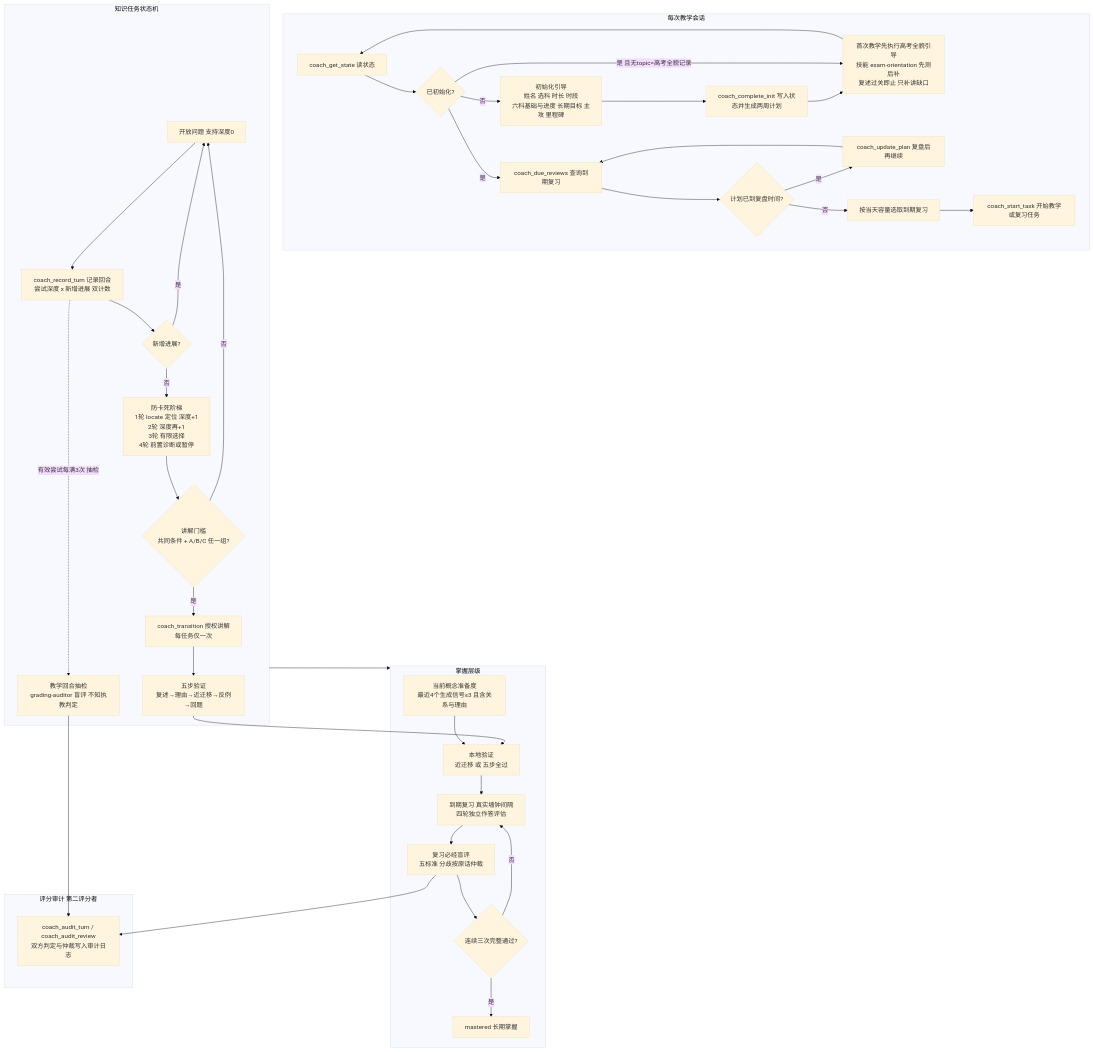
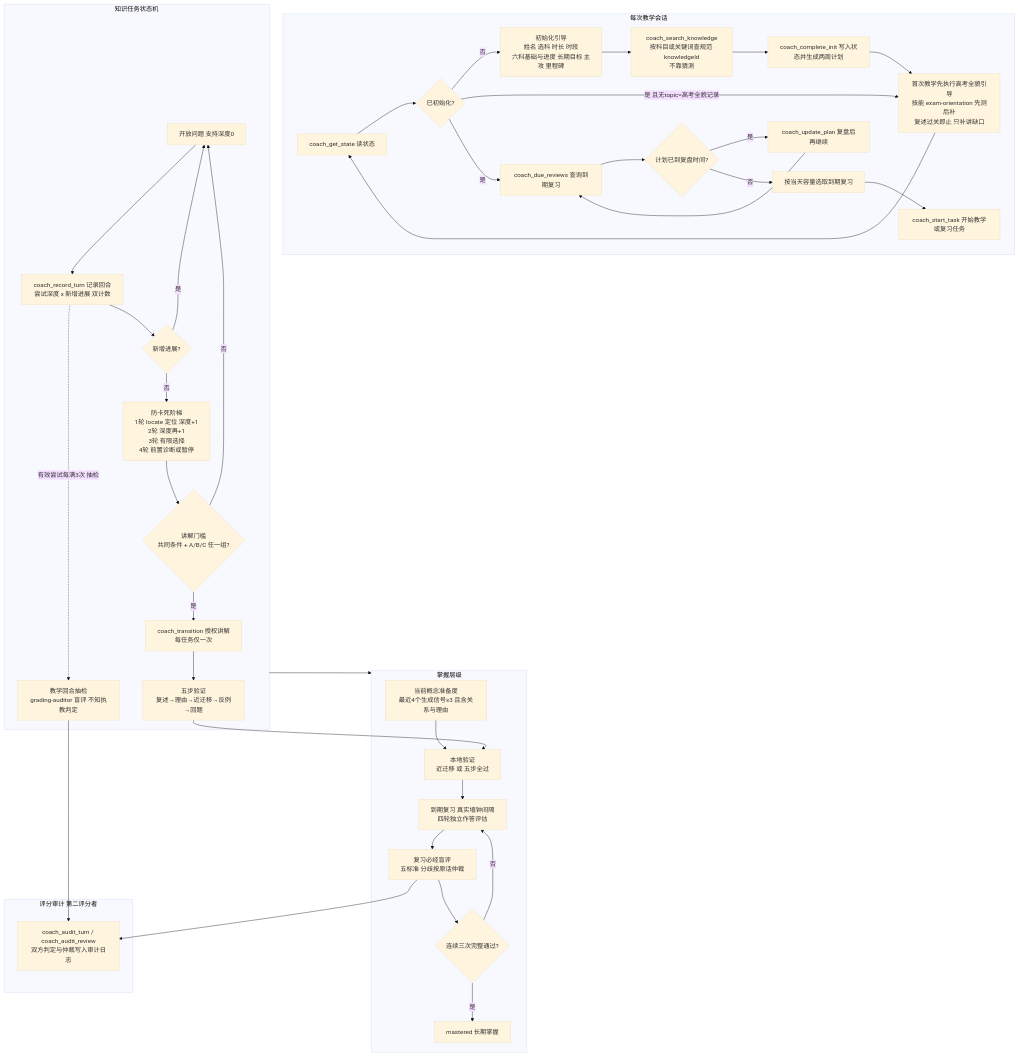
The first of 2 diagrams in docs/architecture.md (Soulshop/gaokao-coach-package), drawn with Mermaid (base theme) before and after one commit. The commit also changed other lines of this file and 7 other files, not shown here.

First line of the commit message:
feat(coach): 新增 coach_search_knowledge 只读目录查询，修复初始化无法发现合法 knowledgeId

````diff
--- a/docs/architecture.md
+++ b/docs/architecture.md
@@ -15,47 +15,48 @@
 ```mermaid
 flowchart TB
     subgraph SESSION[每次教学会话]
         S1[coach_get_state 读状态] --> S2{已初始化?}
         S2 -->|否| S3[初始化引导<br>姓名 选科 时长 时段<br>六科基础与进度 长期目标 主攻 里程碑]
-        S3 --> S4[coach_complete_init 写入状态并生成两周计划]
+        S3 --> S3b[coach_search_knowledge<br>按科目或关键词查规范 knowledgeId<br>不靠猜测]
+        S3b --> S4[coach_complete_init 写入状态并生成两周计划]
         S4 --> S10[首次教学先执行高考全貌引导<br>技能 exam-orientation 先测后补<br>复述过关即止 只补讲缺口]
         S10 --> S1
         S2 -->|是 且无topic=高考全貌记录| S10
         S2 -->|是| S5[coach_due_reviews 查询到期复习]
         S5 --> S6{计划已到复盘时间?}
         S6 -->|是| S7[coach_update_plan 复盘后再继续]
         S7 --> S5
         S6 -->|否| S8[按当天容量选取到期复习]
         S8 --> S9[coach_start_task 开始教学或复习任务]
     end
 
     subgraph TASK[知识任务状态机]
         T1[开放问题 支持深度0] --> T2[coach_record_turn 记录回合<br>尝试深度 x 新增进展 双计数]
         T2 -.->|有效尝试每满3次 抽检| AU1
         T2 --> T3{新增进展?}
         T3 -->|是| T1
         T3 -->|否| T4[防卡死阶梯<br>1轮 locate 定位 深度+1<br>2轮 深度再+1<br>3轮 有限选择<br>4轮 前置诊断或暂停]
         T4 --> T5{讲解门槛<br>共同条件 + A/B/C 任一组?}
         T5 -->|否| T1
         T5 -->|是| T6[coach_transition 授权讲解<br>每任务仅一次]
         T6 --> T7[五步验证<br>复述→理由→近迁移→反例→回题]
     end
 
     subgraph MASTERY[掌握层级]
         M1[当前概念准备度<br>最近4个生成信号≥3 且含关系与理由] --> M2[本地验证<br>近迁移 或 五步全过]
         M2 --> M3[到期复习 真实墙钟间隔<br>四轮独立作答评估]
         M3 --> AU2[复习必经盲评<br>五标准 分歧按原话仲裁]
         AU2 --> M4{连续三次完整通过?}
         M4 -->|否| M3
         M4 -->|是| M5[mastered 长期掌握]
     end
 
     subgraph AUDIT[评分审计 第二评分者]
         AU1[教学回合抽检<br>grading-auditor 盲评 不知执教判定]
         AU1 --> AU3[coach_audit_turn / coach_audit_review<br>双方判定与仲裁写入审计日志]
         AU2 --> AU3
     end
 
     T7 --> M2
     TASK --> MASTERY
 ```
````
